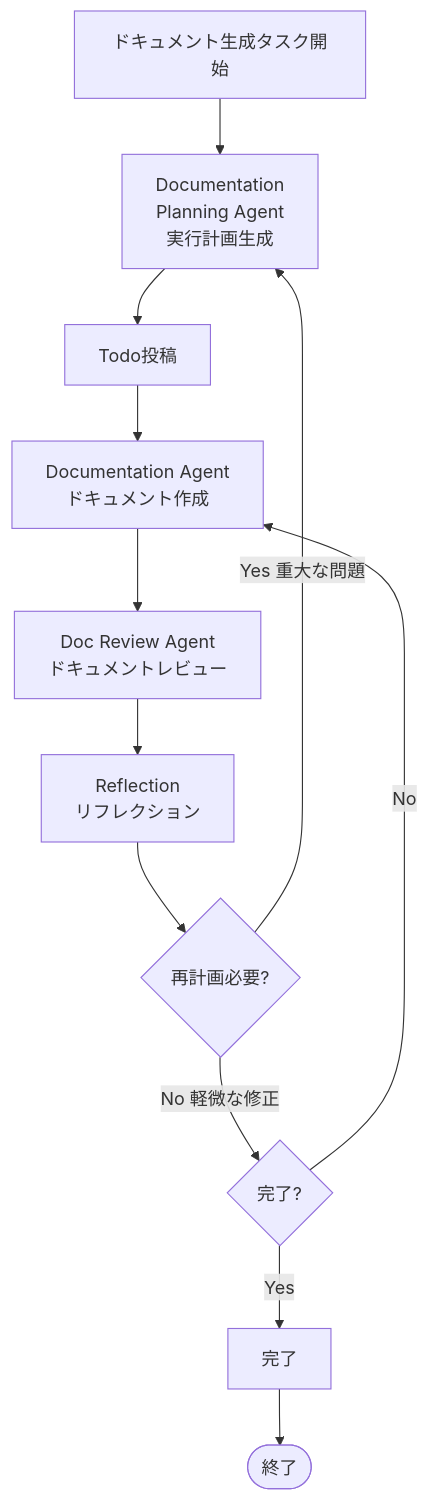
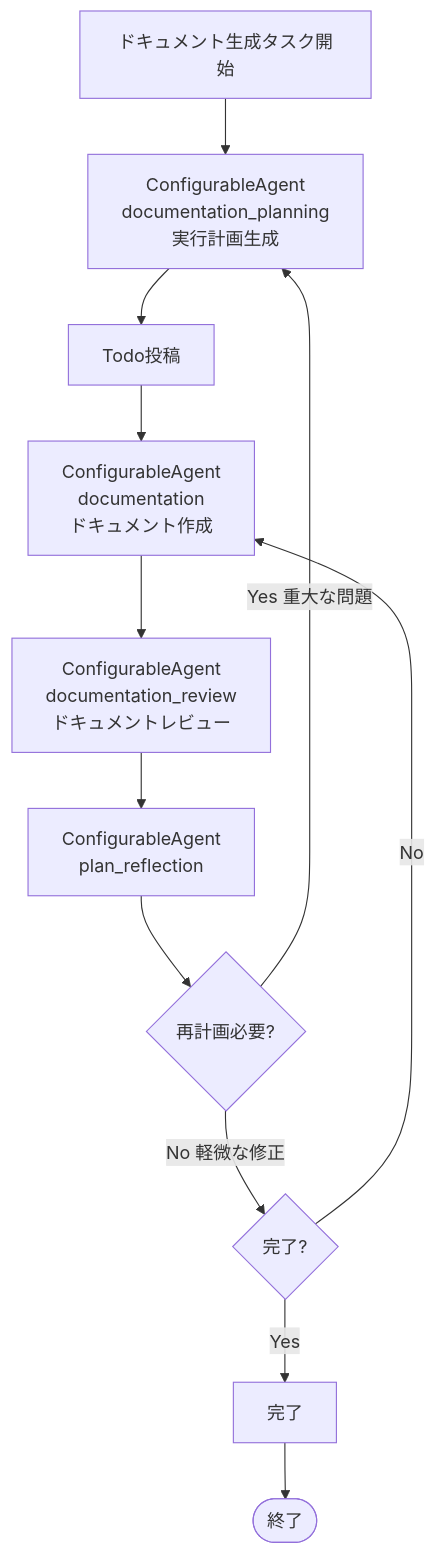
The tenth of 15 diagrams in docs/CODE_AGENT_ORCHESTRATOR_SPEC.md (notfolder/CodeAgentOrchestrator), drawn with Mermaid before and after one commit. The commit also changed other lines of this file, not shown here.

Commit message:
CODE_AGENT_ORCHESTRATOR_SPEC.md: 設定ベースのエージェント設計に更新

````diff
--- a/docs/CODE_AGENT_ORCHESTRATOR_SPEC.md
+++ b/docs/CODE_AGENT_ORCHESTRATOR_SPEC.md
@@ -1773,17 +1827,17 @@
 ```mermaid
 flowchart TD
-    Start[ドキュメント生成タスク開始] --> Planning[Documentation<br/>Planning Agent<br/>実行計画生成]
+    Start[ドキュメント生成タスク開始] --> Planning[ConfigurableAgent<br/>documentation_planning<br/>実行計画生成]
     Planning --> Todo[Todo投稿]
     
-    Todo --> DocCreate[Documentation Agent<br/>ドキュメント作成]
-    DocCreate --> DocReview[Doc Review Agent<br/>ドキュメントレビュー]
+    Todo --> DocCreate[ConfigurableAgent<br/>documentation<br/>ドキュメント作成]
+    DocCreate --> DocReview[ConfigurableAgent<br/>documentation_review<br/>ドキュメントレビュー]
     
-    DocReview --> Reflection[Reflection<br/>リフレクション]
+    DocReview --> Reflection[ConfigurableAgent<br/>plan_reflection]
     Reflection --> ReplanCheck{再計画必要?}
     ReplanCheck -->|Yes 重大な問題| Planning
     ReplanCheck -->|No 軽微な修正| Complete{完了?}
     
     Complete -->|No| DocCreate
     Complete -->|Yes| Finish[完了]
     Finish --> End([終了])
 ```
````
